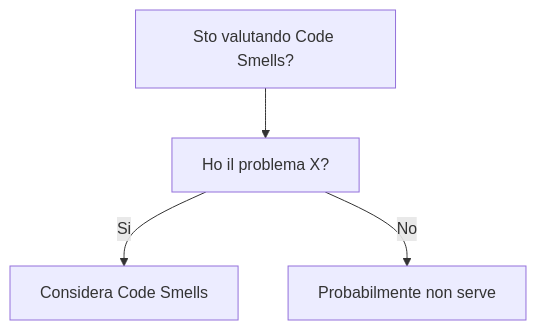
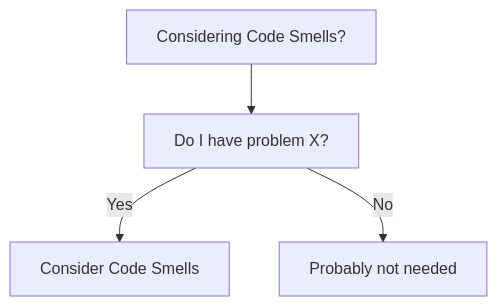
One commit to HxT9/Software-Dev-Wiki changed the diagram in dev-wiki/01_Foundations/Code_Smells/When_To_Use.md. Above: the diagram before and after it, drawn with Mermaid. The commit also changed other lines of this file and 3444 other files, not shown here.

````diff
--- a/dev-wiki/01_Foundations/Code_Smells/When_To_Use.md
+++ b/dev-wiki/01_Foundations/Code_Smells/When_To_Use.md
@@ -19,6 +19,6 @@
 ```mermaid
 flowchart TD
-  Q[Sto valutando Code Smells?] --> Q1[Ho il problema X?]
-  Q1 -->|Si| OK[Considera Code Smells]
-  Q1 -->|No| NO[Probabilmente non serve]
+  Q[Considering Code Smells?] --> Q1[Do I have problem X?]
+  Q1 -->|Yes| OK[Consider Code Smells]
+  Q1 -->|No| NO[Probably not needed]
 ```
````
